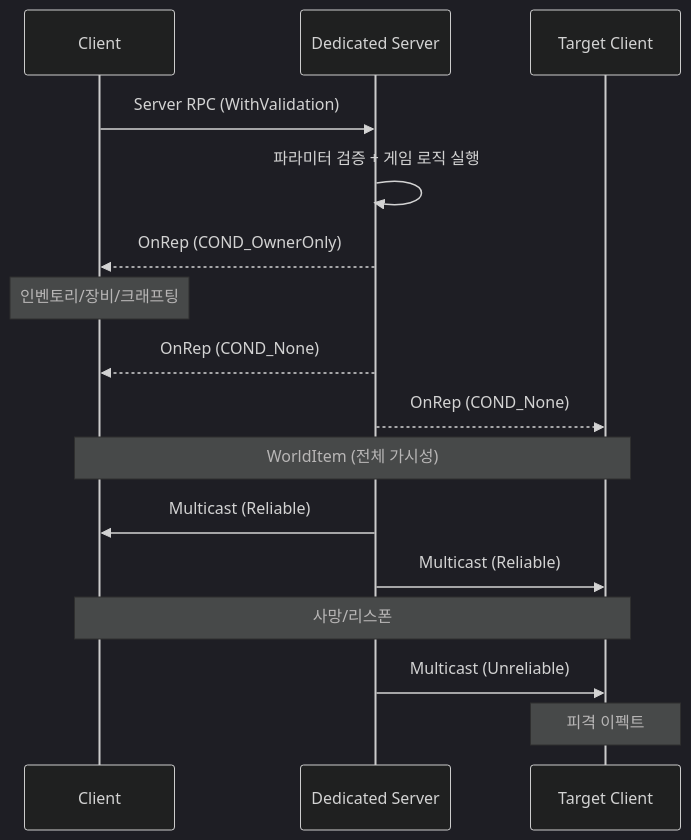
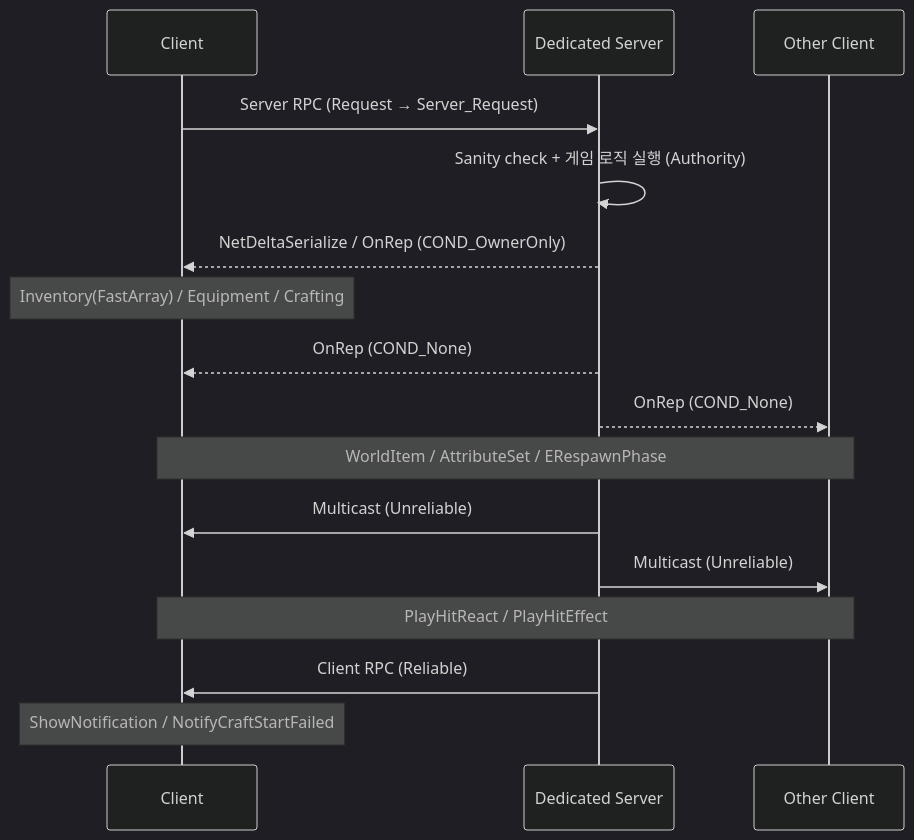
One commit to agnesAqr/project_EXFIL changed the third of 3 diagrams in README.md. Above: the diagram before and after it, drawn with Mermaid (dark theme). The commit also changed other lines of this file and 7 other files, not shown here.

Commit message:
refactor(Day8): align docs and simplify rpc validation

````diff
--- a/README.md
+++ b/README.md
@@ -279,23 +285,23 @@
 ```mermaid
 sequenceDiagram
     participant C as Client
     participant S as Dedicated Server
-    participant T as Target Client
+    participant T as Other Client
 
-    C->>S: Server RPC (WithValidation)
-    S->>S: 파라미터 검증 + 게임 로직 실행
+    C->>S: Server RPC (Request → Server_Request)
+    S->>S: Sanity check + 게임 로직 실행 (Authority)
 
-    S-->>C: OnRep (COND_OwnerOnly)
-    Note over C: 인벤토리/장비/크래프팅
+    S-->>C: NetDeltaSerialize / OnRep (COND_OwnerOnly)
+    Note over C: Inventory(FastArray) / Equipment / Crafting
 
     S-->>C: OnRep (COND_None)
     S-->>T: OnRep (COND_None)
-    Note over C,T: WorldItem (전체 가시성)
+    Note over C,T: WorldItem / AttributeSet / ERespawnPhase
 
-    S->>C: Multicast (Reliable)
-    S->>T: Multicast (Reliable)
-    Note over C,T: 사망/리스폰
+    S->>C: Multicast (Unreliable)
+    S->>T: Multicast (Unreliable)
+    Note over C,T: PlayHitReact / PlayHitEffect
 
-    S->>T: Multicast (Unreliable)
-    Note over T: 피격 이펙트
+    S->>C: Client RPC (Reliable)
+    Note over C: ShowNotification / NotifyCraftStartFailed
 ```
````
